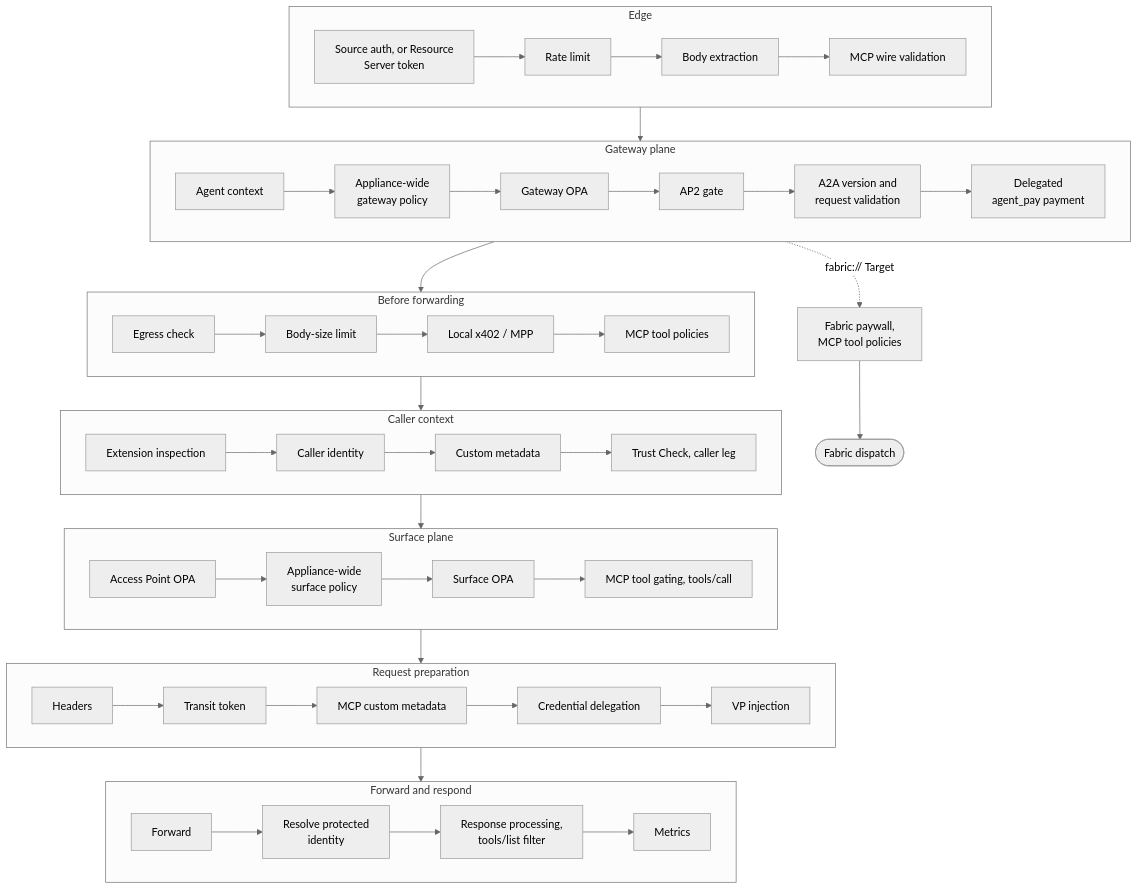
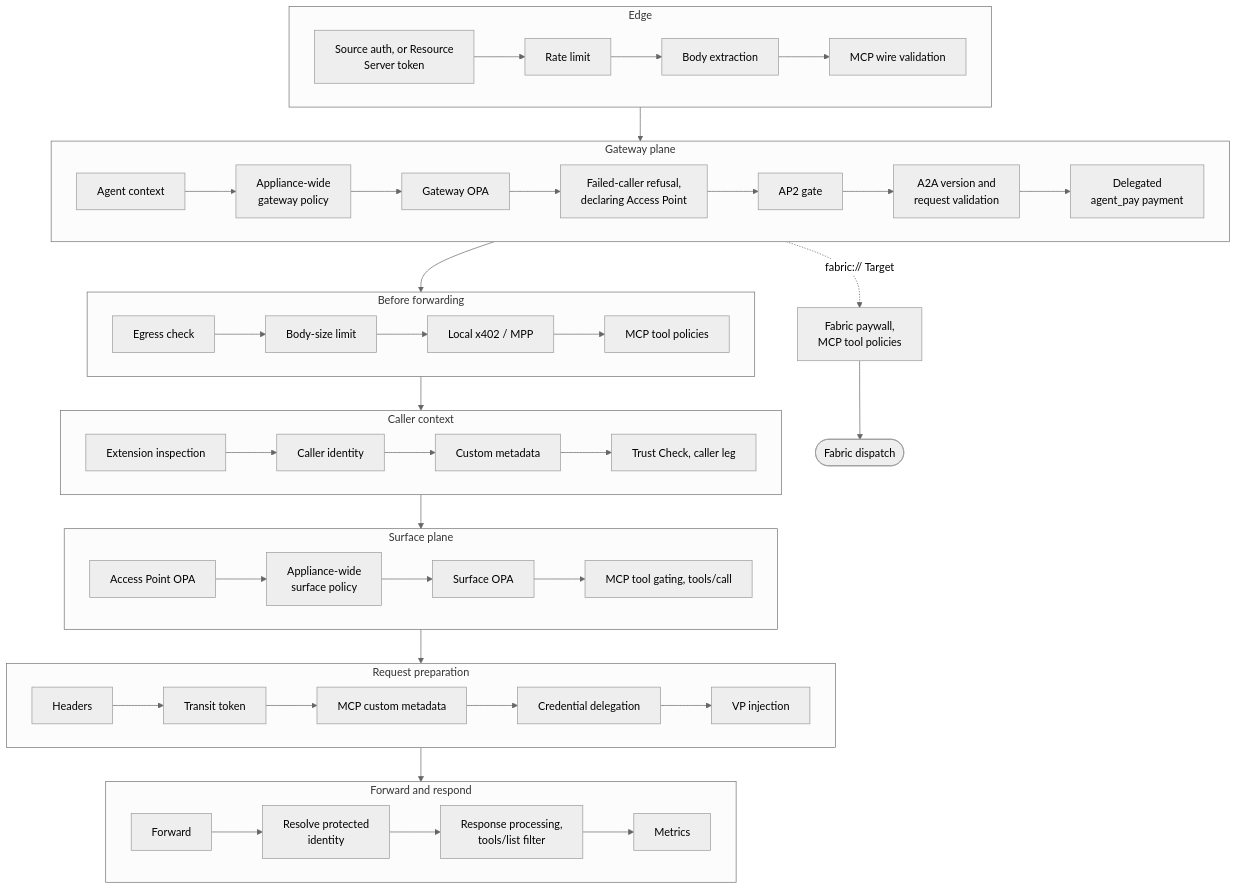
The first of 4 diagrams in ARCHITECTURE.md (affinidi-ai/agent-gateway), drawn with Mermaid (neutral theme) before and after one commit. The commit also changed other lines of this file and 53 other files, not shown here.

First line of the commit message:
feat: declare A2A Access Points and challenge failed callers

````diff
--- a/ARCHITECTURE.md
+++ b/ARCHITECTURE.md
@@ -91,33 +91,33 @@
 ```mermaid
 flowchart TB
     subgraph E["Edge"]
         direction LR
         A1["Source auth, or Resource<br/>Server token"] --> A2[Rate limit] --> A3[Body extraction] --> A4[MCP wire validation]
     end
     subgraph G["Gateway plane"]
         direction LR
-        B0[Agent context] --> B1["Appliance-wide<br/>gateway policy"] --> B2[Gateway OPA] --> B3[AP2 gate] --> B4["A2A version and<br/>request validation"] --> B5["Delegated<br/>agent_pay payment"]
+        B0[Agent context] --> B1["Appliance-wide<br/>gateway policy"] --> B2[Gateway OPA] --> B2a["Failed-caller refusal,<br/>declaring Access Point"] --> B3[AP2 gate] --> B4["A2A version and<br/>request validation"] --> B5["Delegated<br/>agent_pay payment"]
     end
     subgraph P["Before forwarding"]
         direction LR
         P1[Egress check] --> P2[Body-size limit] --> P3["Local x402 / MPP"] --> P4[MCP tool policies]
     end
     subgraph C["Caller context"]
         direction LR
         C1[Extension inspection] --> C2[Caller identity] --> C3[Custom metadata] --> C4["Trust Check, caller leg"]
     end
     subgraph S["Surface plane"]
         direction LR
         D1[Access Point OPA] --> D2["Appliance-wide<br/>surface policy"] --> D3[Surface OPA] --> D4["MCP tool gating, tools/call"]
     end
     subgraph O["Request preparation"]
         direction LR
         O1[Headers] --> O2[Transit token] --> O3[MCP custom metadata] --> O4[Credential delegation] --> O5[VP injection]
     end
     subgraph F["Forward and respond"]
         direction LR
         F1[Forward] --> F2["Resolve protected<br/>identity"] --> F3["Response processing,<br/>tools/list filter"] --> F4[Metrics]
     end
     E --> G --> P --> C --> S --> O --> F
     B5 -. fabric:// Target .-> FP["Fabric paywall,<br/>MCP tool policies"] --> FB([Fabric dispatch])
 ```
````
